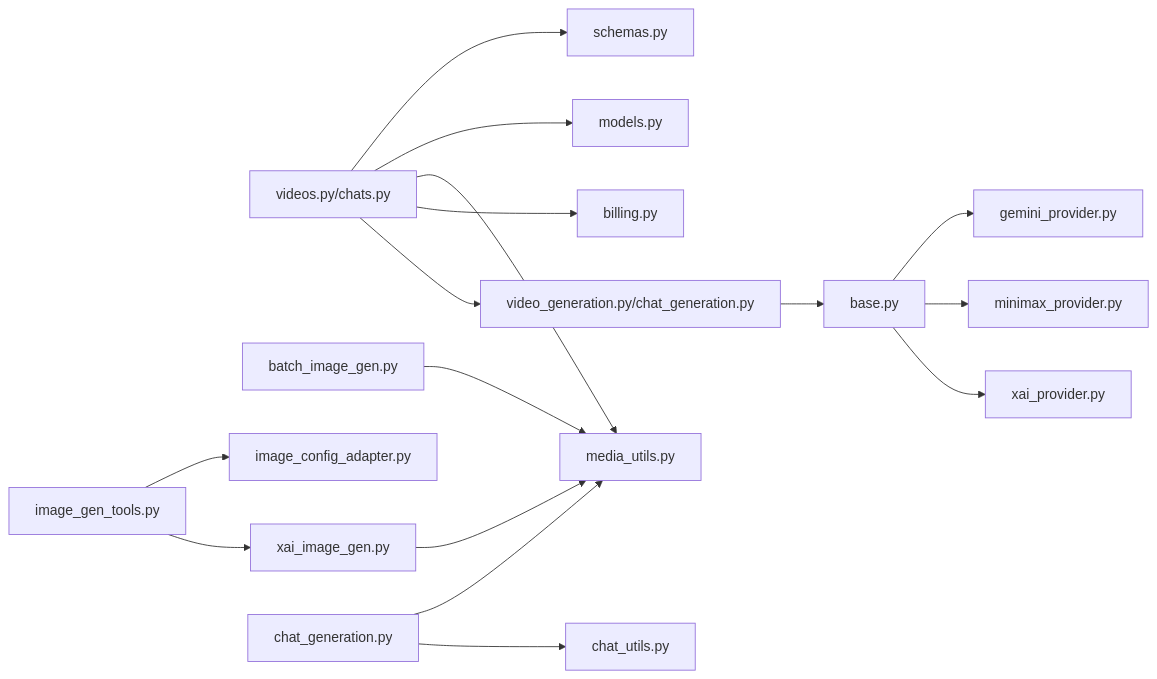
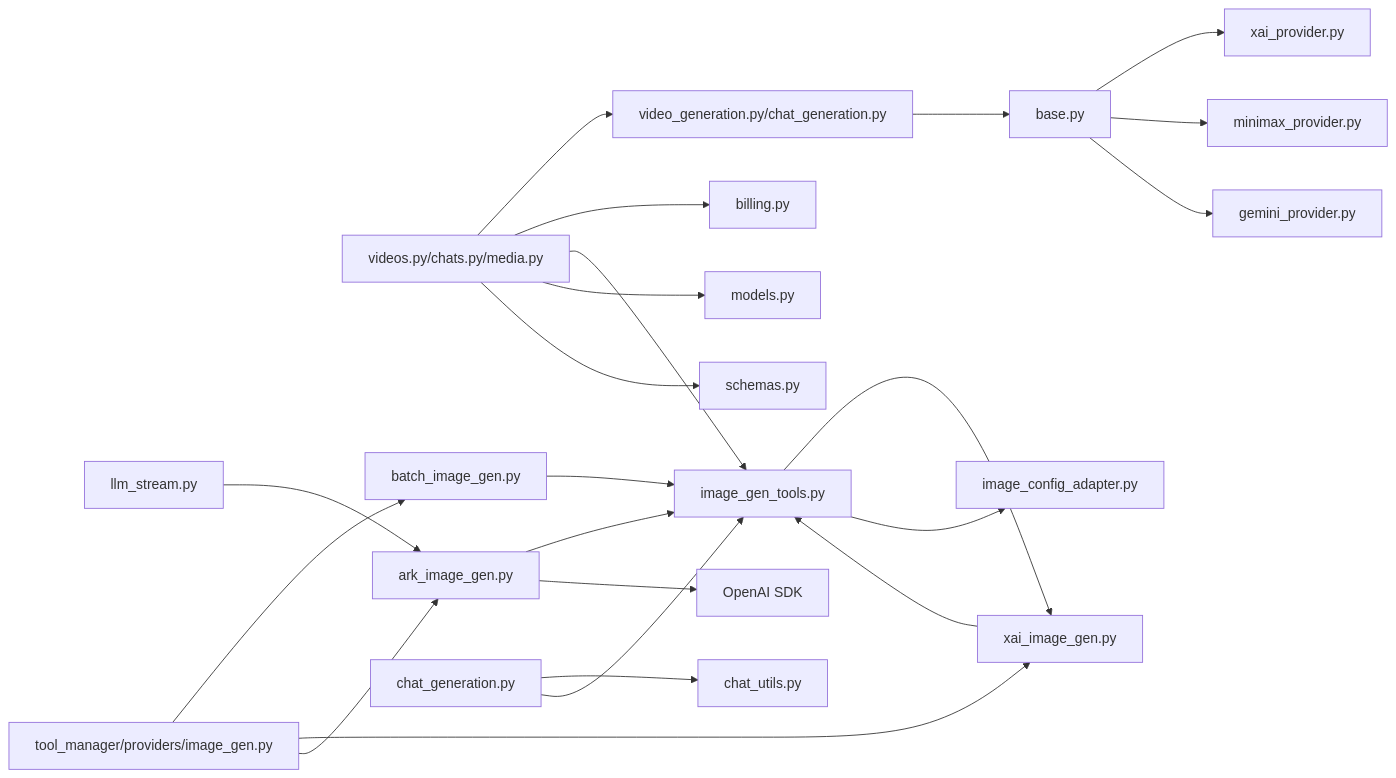
The seventh of 7 diagrams in .qoder/repowiki/zh/content/后端服务架构/业务服务层/媒体生成服务/媒体生成服务.md (KunLabAI/KunFlix), drawn with Mermaid before and after one commit. The commit also changed other lines of this file and 10 other files, not shown here.

````diff
--- a/.qoder/repowiki/zh/content/后端服务架构/业务服务层/媒体生成服务/媒体生成服务.md
+++ b/.qoder/repowiki/zh/content/后端服务架构/业务服务层/媒体生成服务/媒体生成服务.md
@@ -467,18 +518,24 @@
 ```mermaid
 graph LR
-R["videos.py/chats.py"] --> S1["video_generation.py/chat_generation.py"]
+R["videos.py/chats.py/media.py"] --> S1["video_generation.py/chat_generation.py"]
 R --> S6["billing.py"]
 R --> S5["media_utils.py"]
 S1 --> A1["base.py"]
 A1 --> A2["xai_provider.py"]
 A1 --> A3["minimax_provider.py"]
 A1 --> A4["gemini_provider.py"]
 S2["batch_image_gen.py"] --> S5
 S3["xai_image_gen.py"] --> S5
-S4["image_gen_tools.py"] --> S3
-S4 --> S7["image_config_adapter.py"]
+S4["ark_image_gen.py"] --> S5
+S4 --> A5["OpenAI SDK"]
+S5["image_gen_tools.py"] --> S3
+S5 --> S7["image_config_adapter.py"]
 S8["chat_generation.py"] --> S9["chat_utils.py"]
 S8 --> S5
+S12["llm_stream.py"] --> S4
+S13["tool_manager/providers/image_gen.py"] --> S2
+S13 --> S3
+S13 --> S4
 R --> D1["models.py"]
 R --> D2["schemas.py"]
 ```
````
